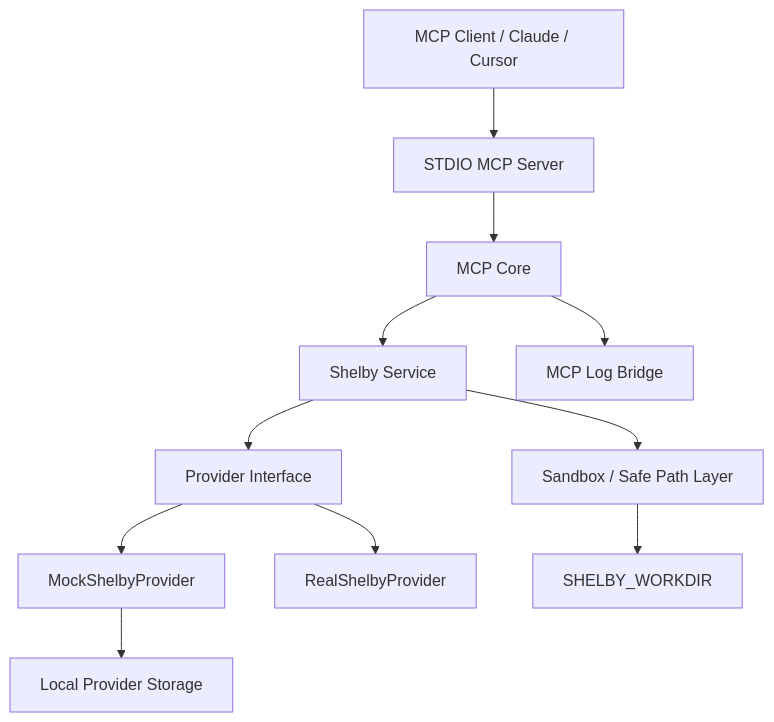
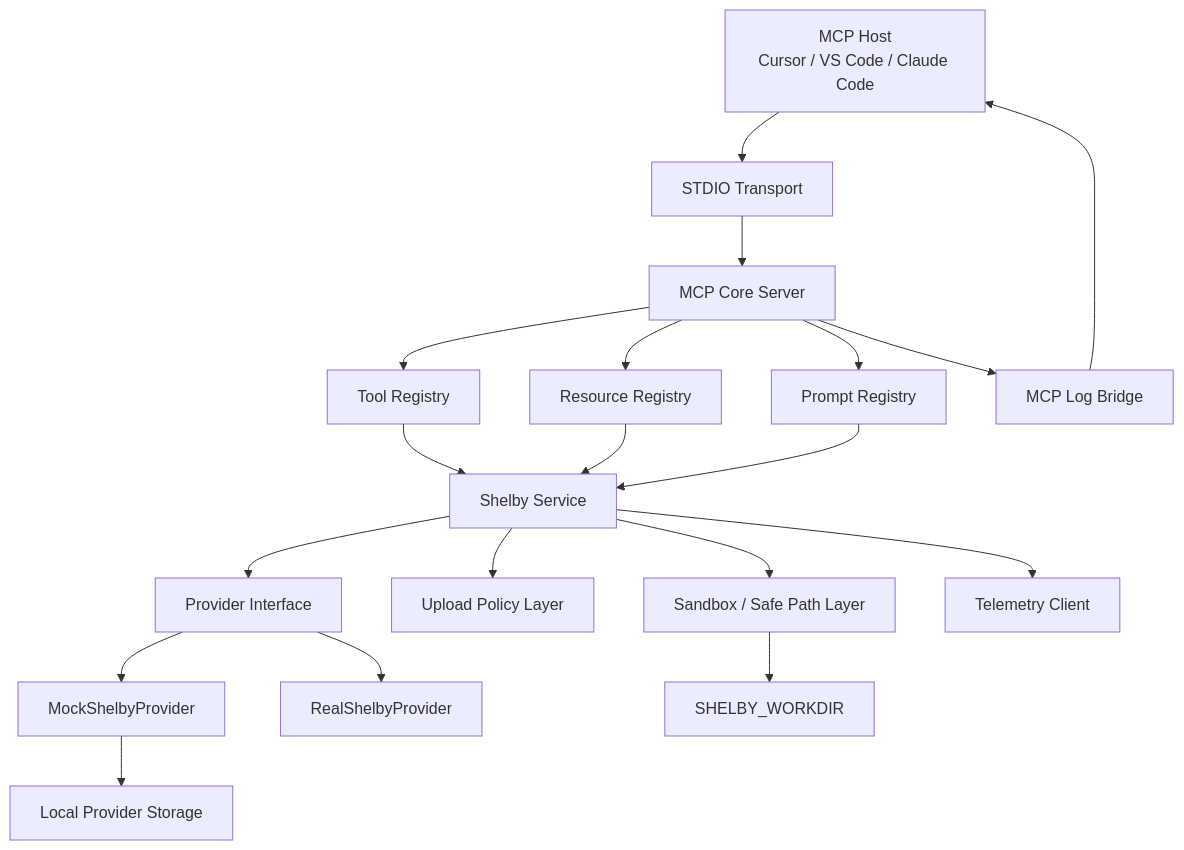
The first of 2 diagrams in README.md (okwn/shelby-mcp), drawn with Mermaid before and after one commit. The commit also changed other lines of this file and 6 other files, not shown here.

Commit message:
feat: initial shelby-mcp MVP

````diff
--- a/README.md
+++ b/README.md
@@ -81,13 +97,21 @@
 ```mermaid
 flowchart TD
-  A["MCP Client / Claude / Cursor"] --> B["STDIO MCP Server"]
-  B --> C["MCP Core"]
-  C --> D["Shelby Service"]
-  C --> E["MCP Log Bridge"]
-  D --> F["Sandbox / Safe Path Layer"]
-  D --> G["Provider Interface"]
-  G --> H["MockShelbyProvider"]
-  G --> I["RealShelbyProvider"]
-  H --> J["Local Provider Storage"]
-  F --> K["SHELBY_WORKDIR"]
+  A["MCP Host<br/>Cursor / VS Code / Claude Code"] --> B["STDIO Transport"]
+  B --> C["MCP Core Server"]
+  C --> D["Tool Registry"]
+  C --> E["Resource Registry"]
+  C --> F["Prompt Registry"]
+  C --> G["MCP Log Bridge"]
+  D --> H["Shelby Service"]
+  E --> H
+  F --> H
+  H --> I["Sandbox / Safe Path Layer"]
+  H --> J["Upload Policy Layer"]
+  H --> K["Provider Interface"]
+  K --> L["MockShelbyProvider"]
+  K --> M["RealShelbyProvider"]
+  L --> N["Local Provider Storage"]
+  I --> O["SHELBY_WORKDIR"]
+  H --> P["Telemetry Client"]
+  G --> A
 ```
````
